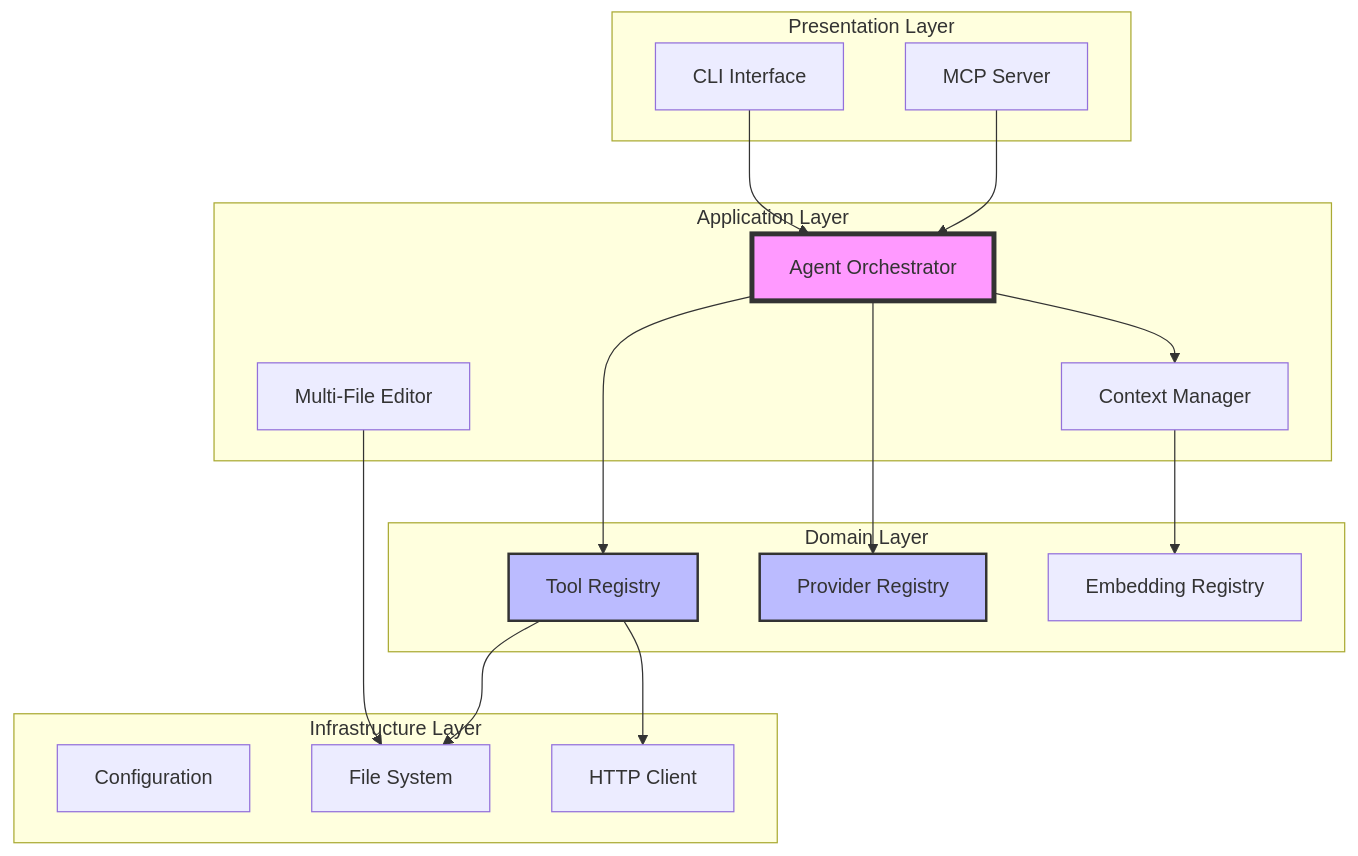
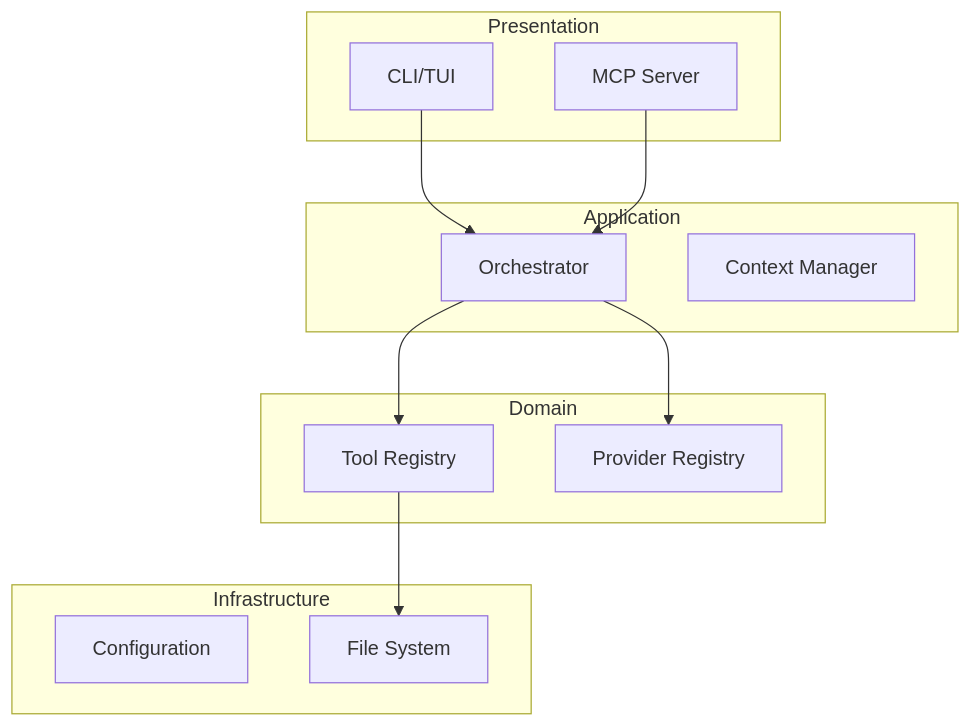
One commit to vjsingh1984/victor changed the first of 6 diagrams in docs/DEVELOPER_GUIDE.md. Above: the diagram before and after it, drawn with Mermaid. The commit also changed other lines of this file and 6 other files, not shown here.

First line of the commit message:
docs: refresh documentation with tables, diagrams, and admonitions

````diff
--- a/docs/DEVELOPER_GUIDE.md
+++ b/docs/DEVELOPER_GUIDE.md
@@ -24,39 +19,28 @@
 ```mermaid
 graph TB
-    subgraph "Presentation Layer"
-        CLI[CLI Interface]
+    subgraph Presentation
+        CLI[CLI/TUI]
         MCP[MCP Server]
     end
 
-    subgraph "Application Layer"
-        Agent[Agent Orchestrator]
+    subgraph Application
+        Agent[Orchestrator]
         Context[Context Manager]
-        Editor[Multi-File Editor]
     end
 
-    subgraph "Domain Layer"
+    subgraph Domain
         Tools[Tool Registry]
         Providers[Provider Registry]
-        Embeddings[Embedding Registry]
     end
 
-    subgraph "Infrastructure Layer"
+    subgraph Infrastructure
         Config[Configuration]
         Storage[File System]
-        Network[HTTP Client]
     end
 
     CLI --> Agent
     MCP --> Agent
-    Agent --> Context
     Agent --> Tools
     Agent --> Providers
-    Editor --> Storage
     Tools --> Storage
-    Tools --> Network
-    Context --> Embeddings
-
-    style Agent fill:#f9f,stroke:#333,stroke-width:4px
-    style Tools fill:#bbf,stroke:#333,stroke-width:2px
-    style Providers fill:#bbf,stroke:#333,stroke-width:2px
 ```
````
